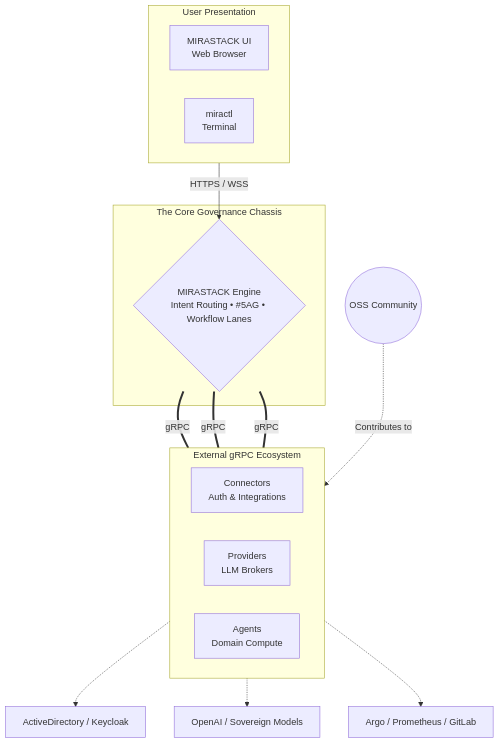
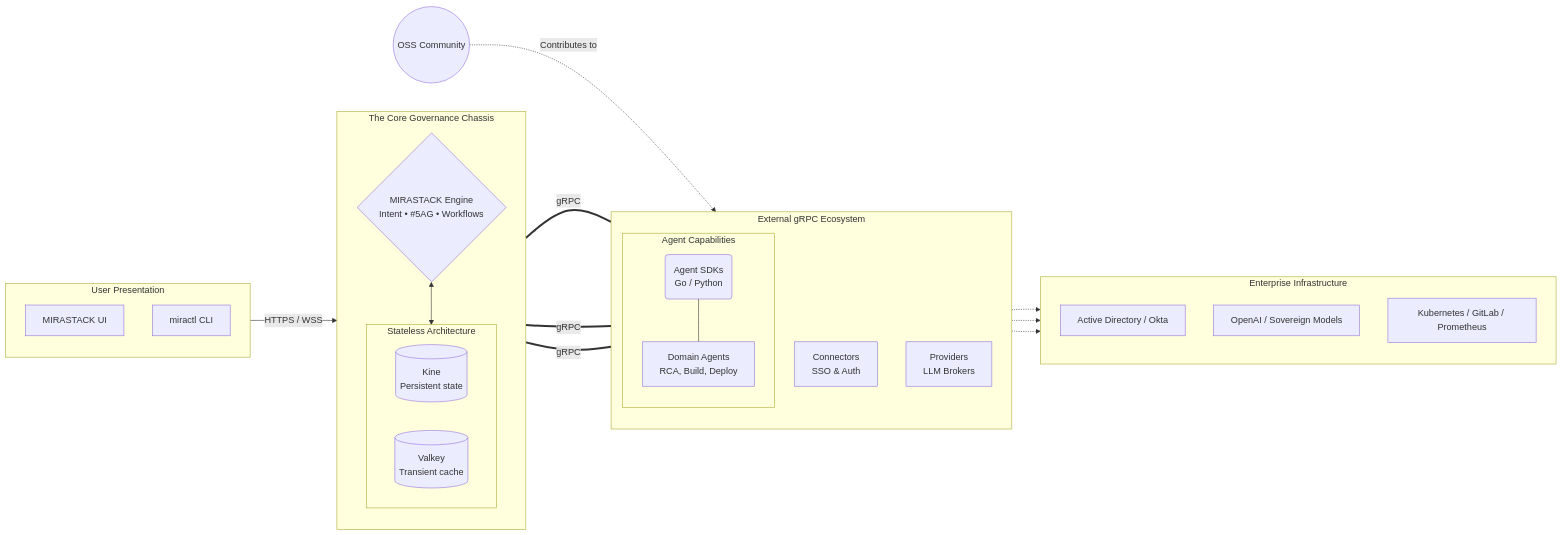
Before and after one commit to mirastacklabs-ai/mirastacklabs-ai.github.io: the second of 3 diagrams in blog/why-mirastack-is-the-anti-rogue-ai-platform.md, drawn with Mermaid.

Commit message:
Update final MIRASTACK diagram with SDKs and global styling

````diff
--- a/blog/why-mirastack-is-the-anti-rogue-ai-platform.md
+++ b/blog/why-mirastack-is-the-anti-rogue-ai-platform.md
@@ -90,39 +90,55 @@
 ```mermaid
-flowchart TD
-	%% User Layer
-	subgraph Interfaces [User Presentation]
-		direction LR
-		UI[MIRASTACK UI<br/>Web Browser]
-		CLI[miractl<br/>Terminal]
+flowchart LR
+	%% Presentation
+	subgraph Users [User Presentation]
+		direction TB
+		UI[MIRASTACK UI]
+		CLI[miractl CLI]
 	end
 
-	%% Core Engine
+	%% Core Chassis
 	subgraph Chassis [The Core Governance Chassis]
-		E{MIRASTACK Engine<br/>Intent Routing • #5AG • Workflow Lanes}
+		direction TB
+		E{MIRASTACK Engine<br/>Intent • #5AG • Workflows}
+		
+		subgraph Stores [Stateless Architecture]
+			direction LR
+			K[(Kine<br/>Persistent state)]
+			V[(Valkey<br/>Transient cache)]
+		end
+		
+		E <--> Stores
 	end
 
-	Interfaces -->|HTTPS / WSS| E
-
-	%% Ecosystem Layer
-	subgraph Plugins [External gRPC Ecosystem]
-		direction LR
-		C[Connectors<br/>Auth & Integrations]
+	%% Ecosystem
+	subgraph Ecosystem [External gRPC Ecosystem]
+		direction TB
+		C[Connectors<br/>SSO & Auth]
 		P[Providers<br/>LLM Brokers]
-		A[Agents<br/>Domain Compute]
+		
+		subgraph Ag [Agent Capabilities]
+			SDK(Agent SDKs<br/>Go / Python)
+			A[Domain Agents<br/>RCA, Build, Deploy]
+			SDK --- A
+		end
+	end
+	
+	%% Infrastructure
+	subgraph Infra [Enterprise Infrastructure]
+		direction TB
+		AUTH[Active Directory / Okta]
+		MOD[OpenAI / Sovereign Models]
+		OPS[Kubernetes / GitLab / Prometheus]
 	end
 
+	Users -->|HTTPS / WSS| E
+	
 	E ===|gRPC| C
 	E ===|gRPC| P
-	E ===|gRPC| A
-
-	%% External World
-	AUTH[ActiveDirectory / Keycloak]
-	LLMs[OpenAI / Sovereign Models]
-	TOOLS[Argo / Prometheus / GitLab]
-
+	E ===|gRPC| SDK
+	
 	C -.-> AUTH
-	P -.-> LLMs
-	A -.-> TOOLS
-
+	P -.-> MOD
+	A -.-> OPS
 	OSS((OSS Community)) -.->|Contributes to| A
 ```
````
